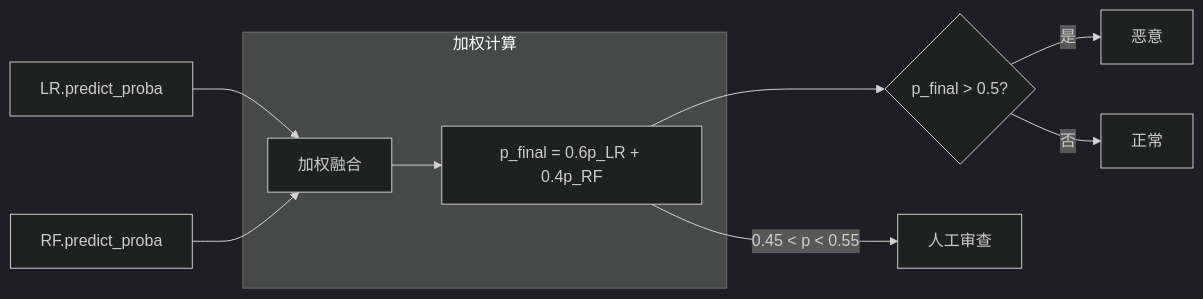
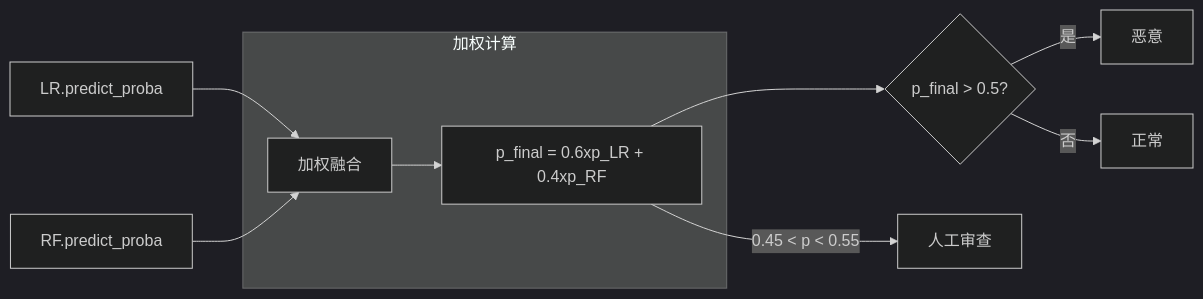
The fourth of 12 diagrams in machine_learning/ensemble_learning/docs/基于Stacking和加权融合的多层集成学习方案.md (zsh003/maltack), drawn with Mermaid (dark theme) before and after one commit. The commit also changed other lines of this file and 2 other files, not shown here.

````diff
--- a/machine_learning/ensemble_learning/docs/基于Stacking和加权融合的多层集成学习方案.md
+++ b/machine_learning/ensemble_learning/docs/基于Stacking和加权融合的多层集成学习方案.md
@@ -77,12 +74,12 @@
 ```mermaid
 flowchart LR
   LRProb[LR.predict_proba] --> Fusion[加权融合]
   RFProb[RF.predict_proba] --> Fusion
   subgraph 加权计算
-    Fusion --> p_final[p_final = 0.6p_LR + 0.4p_RF]
+    Fusion --> p_final[p_final = 0.6xp_LR + 0.4xp_RF]
   end
   p_final --> Threshold{p_final > 0.5?}
   Threshold -- 是 --> LabelMal[恶意]
   Threshold -- 否 --> LabelBen[正常]
   p_final -- 0.45 < p < 0.55 --> Manual[人工审查]
 ```
````
